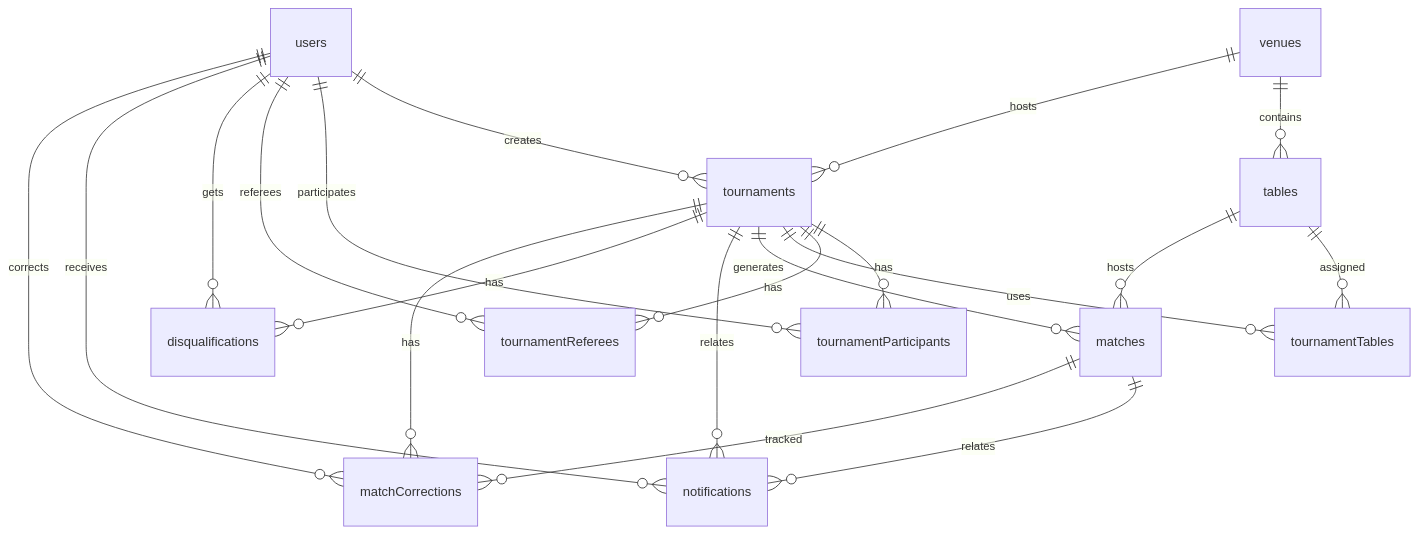
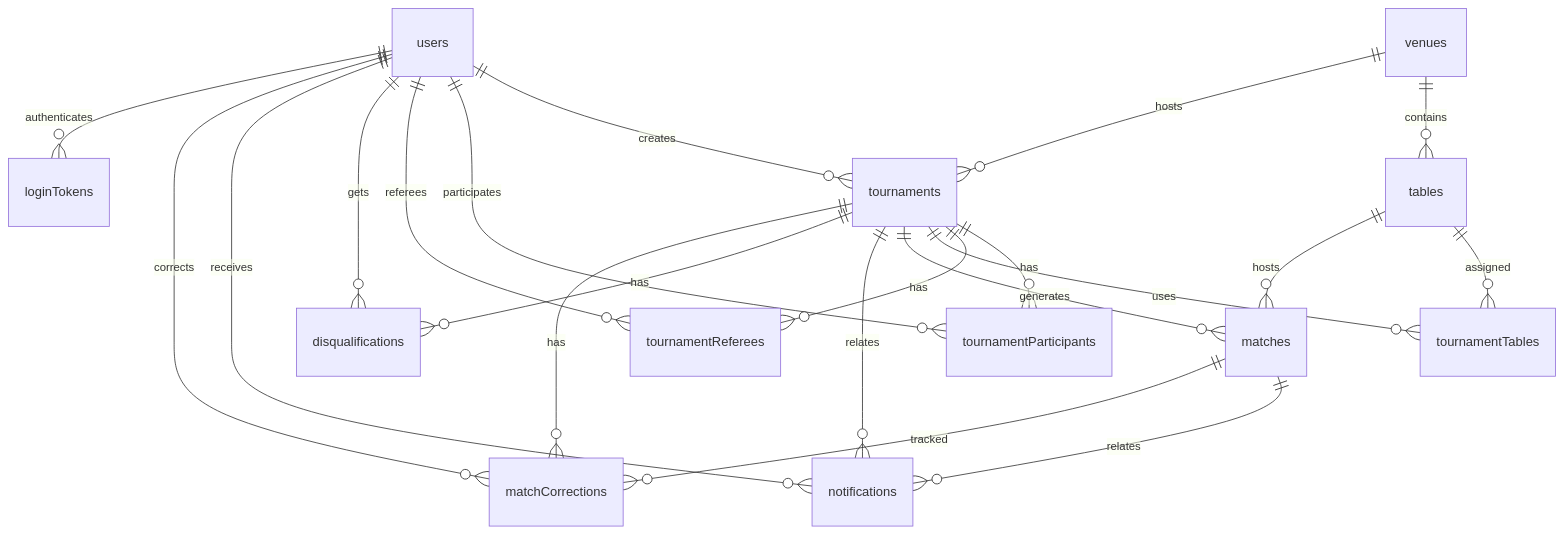
One commit to Vbif322/cue-bot changed the diagram in TECHNICAL_DOCUMENTATION.md. Above: the diagram before and after it, drawn with Mermaid. The commit also changed other lines of this file and 3 other files, not shown here.

````diff
--- a/TECHNICAL_DOCUMENTATION.md
+++ b/TECHNICAL_DOCUMENTATION.md
@@ -183,26 +193,27 @@
 ```mermaid
 erDiagram
     users ||--o{ tournaments : creates
     users ||--o{ tournamentParticipants : participates
     users ||--o{ tournamentReferees : referees
     users ||--o{ disqualifications : gets
     users ||--o{ notifications : receives
     users ||--o{ matchCorrections : corrects
+    users ||--o{ loginTokens : authenticates
 
     venues ||--o{ tables : contains
     venues ||--o{ tournaments : hosts
 
     tournaments ||--o{ tournamentParticipants : has
     tournaments ||--o{ tournamentReferees : has
     tournaments ||--o{ tournamentTables : uses
     tournaments ||--o{ matches : generates
     tournaments ||--o{ notifications : relates
     tournaments ||--o{ disqualifications : has
     tournaments ||--o{ matchCorrections : has
 
     tables ||--o{ tournamentTables : assigned
     tables ||--o{ matches : hosts
 
     matches ||--o{ notifications : relates
     matches ||--o{ matchCorrections : tracked
 ```
````
